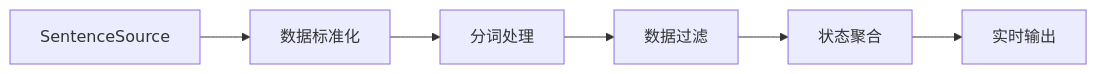
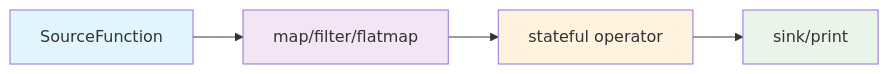
One commit to peilin9990/SAGE-Pub changed the diagram in docs_src/get_start/streaming/unlimited_streaming.md. Above: the diagram before and after it, drawn with Mermaid. The commit also changed other lines of this file and 1 other file, not shown here.

````diff
--- a/docs_src/get_start/streaming/unlimited_streaming.md
+++ b/docs_src/get_start/streaming/unlimited_streaming.md
@@ -38,8 +17,11 @@
 ```mermaid
 graph LR
-    A[SentenceSource] --> B[数据标准化]
-    B --> C[分词处理]
-    C --> D[数据过滤]
-    D --> E[状态聚合]
-    E --> F[实时输出]
+    A[SourceFunction] --> B[map/filter/flatmap]
+    B --> C[stateful operator]
+    C --> D[sink/print]
+    
+    style A fill:#e1f5fe
+    style B fill:#f3e5f5
+    style C fill:#fff3e0
+    style D fill:#e8f5e8
 ```
````
